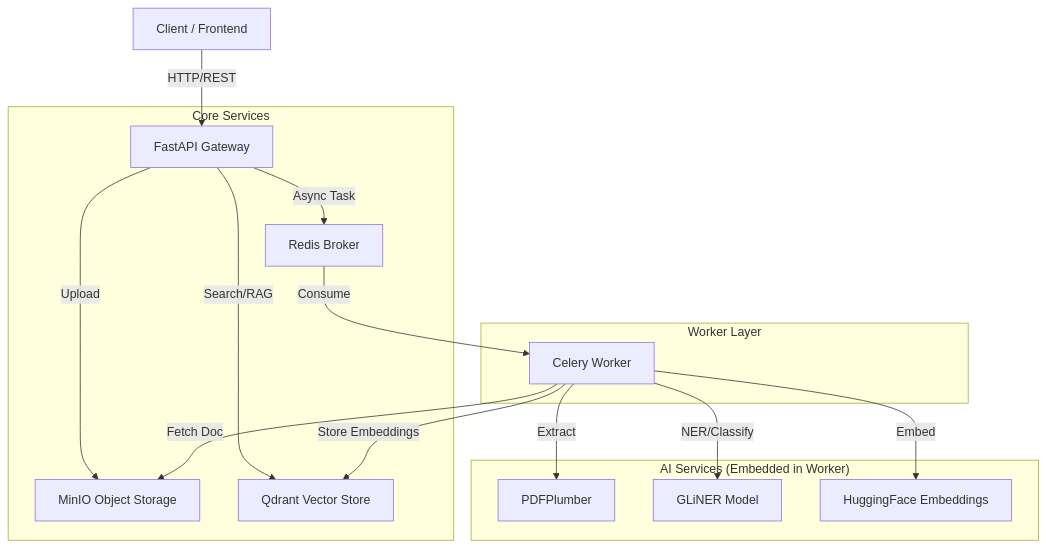
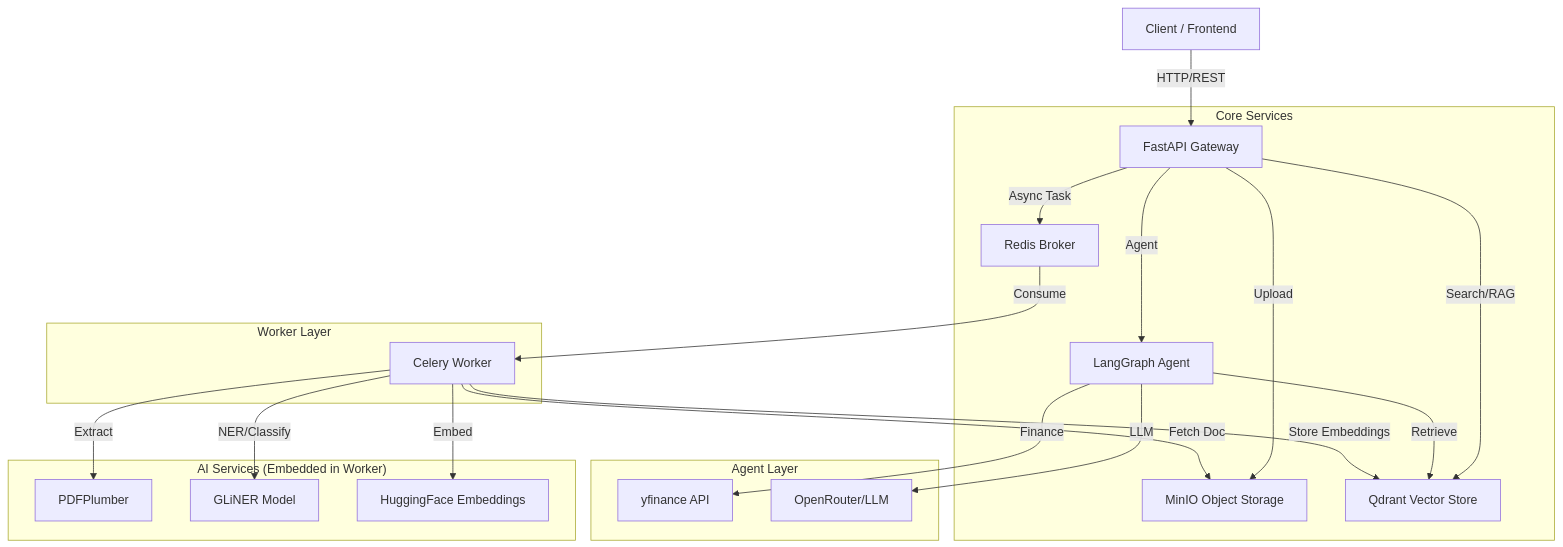
The diagram in TECHNICAL_REPORT.md (stefano2211/FinancialAnalysis), drawn with Mermaid before and after one commit. The commit also changed other lines of this file and 2 other files, not shown here.

Commit message:
feat: Add a finance agent for stock data retrieval, integrate it into the main agent orchestrator, and update the technical report.

````diff
--- a/TECHNICAL_REPORT.md
+++ b/TECHNICAL_REPORT.md
@@ -8,22 +8,29 @@
 ```mermaid
 graph TD
     Client[Client / Frontend] -->|HTTP/REST| API[FastAPI Gateway]
     
     subgraph "Core Services"
         API -->|Upload| MinIO[MinIO Object Storage]
         API -->|Search/RAG| Qdrant[Qdrant Vector Store]
         API -->|Async Task| Redis[Redis Broker]
+        API -->|Agent| LangGraph[LangGraph Agent]
+    end
+    
+    subgraph "Agent Layer"
+        LangGraph -->|Retrieve| Qdrant
+        LangGraph -->|Finance| YFinance[yfinance API]
+        LangGraph -->|LLM| OpenRouter[OpenRouter/LLM]
     end
     
     subgraph "Worker Layer"
         Redis -->|Consume| Worker[Celery Worker]
         Worker -->|Fetch Doc| MinIO
         Worker -->|Store Embeddings| Qdrant
     end
     
     subgraph "AI Services (Embedded in Worker)"
         Worker -->|Extract| PDFLib[PDFPlumber]
         Worker -->|NER/Classify| GLiNER[GLiNER Model]
         Worker -->|Embed| HF[HuggingFace Embeddings]
     end
 ```
````
